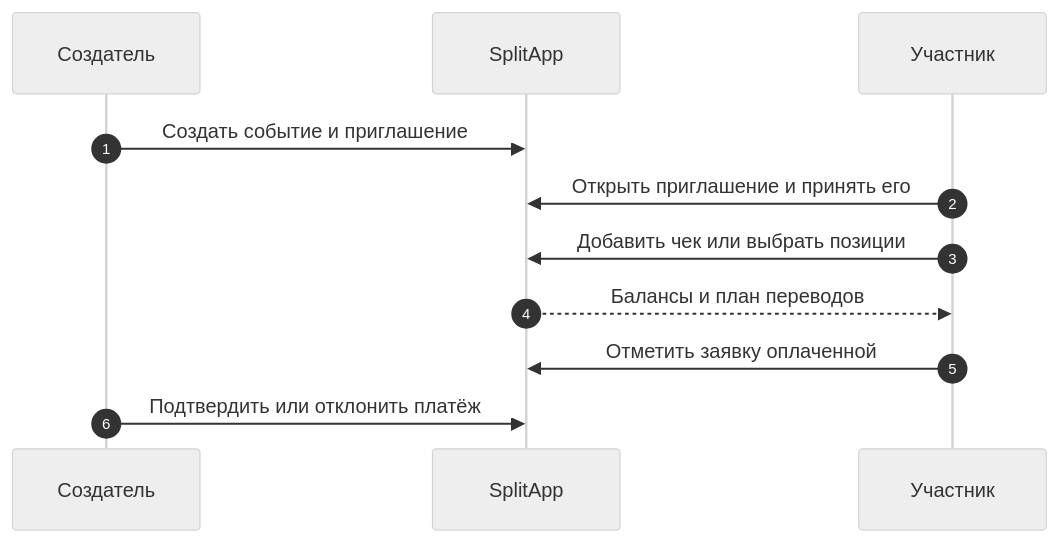
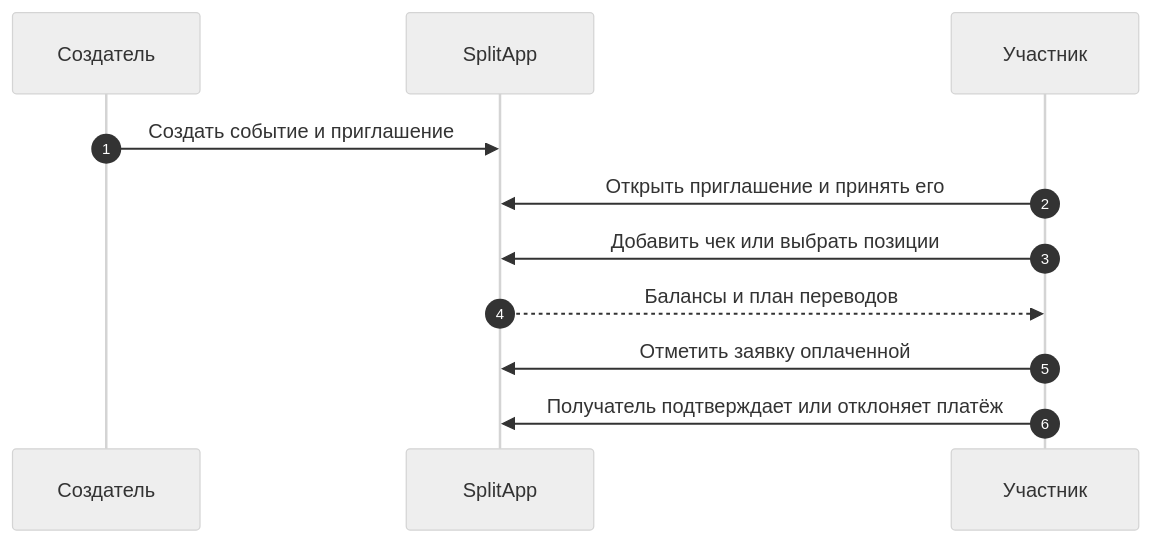
One commit to Strongf-bob/SplitAppBackend changed the diagram in docs/wiki/User-Journey.md. Above: the diagram before and after it, drawn with Mermaid (neutral theme). The commit also changed other lines of this file and 1 other file, not shown here.

First line of the commit message:
docs(wiki): correct payment and receipt flows

````diff
--- a/docs/wiki/User-Journey.md
+++ b/docs/wiki/User-Journey.md
@@ -7,13 +7,13 @@
 ```mermaid
 sequenceDiagram
   autonumber
   participant C as Создатель
   participant S as SplitApp
   participant U as Участник
   C->>S: Создать событие и приглашение
   U->>S: Открыть приглашение и принять его
   U->>S: Добавить чек или выбрать позиции
   S-->>U: Балансы и план переводов
   U->>S: Отметить заявку оплаченной
-  C->>S: Подтвердить или отклонить платёж
+  U->>S: Получатель подтверждает или отклоняет платёж
 ```
````
